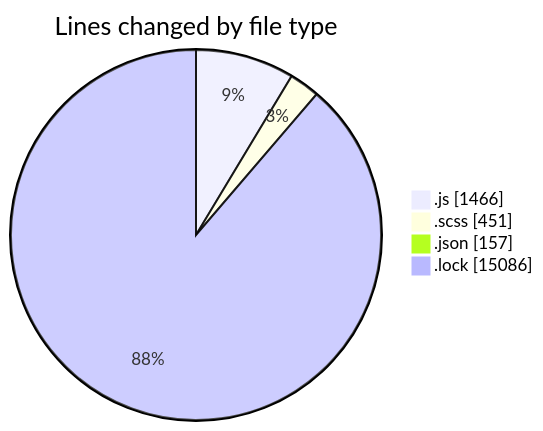
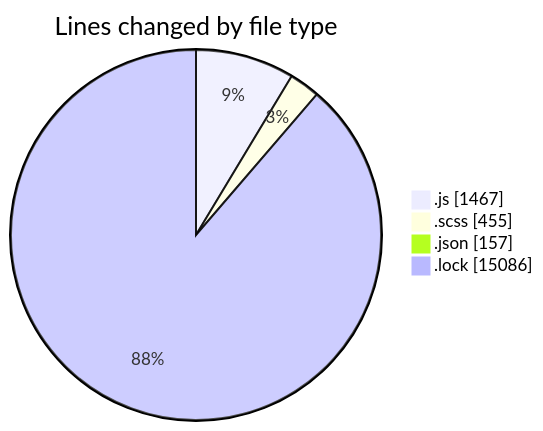
One commit to momahboobian/code-tracking changed the first of 2 diagrams in 2026-01-05/cda/README.md. Above: the diagram before and after it, drawn with Mermaid. The commit also changed other lines of this file and 1 other file, not shown here.

````diff
--- a/2026-01-05/cda/README.md
+++ b/2026-01-05/cda/README.md
@@ -38,8 +38,8 @@
 ```mermaid
 pie showData
 title Lines changed by file type
-".js" : 1466
-".scss" : 451
+".js" : 1467
+".scss" : 455
 ".json" : 157
 ".lock" : 15086
 ```
````
